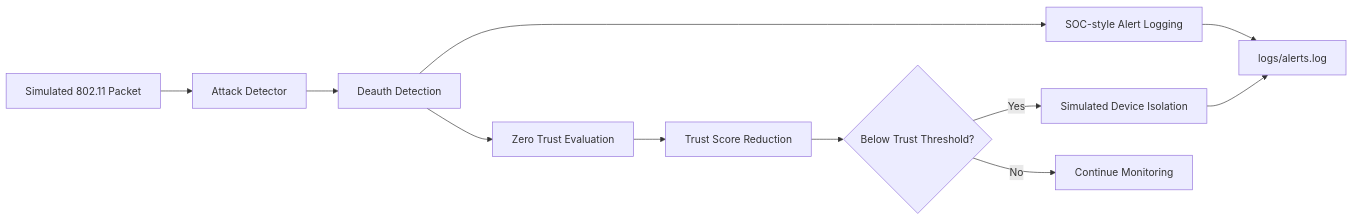
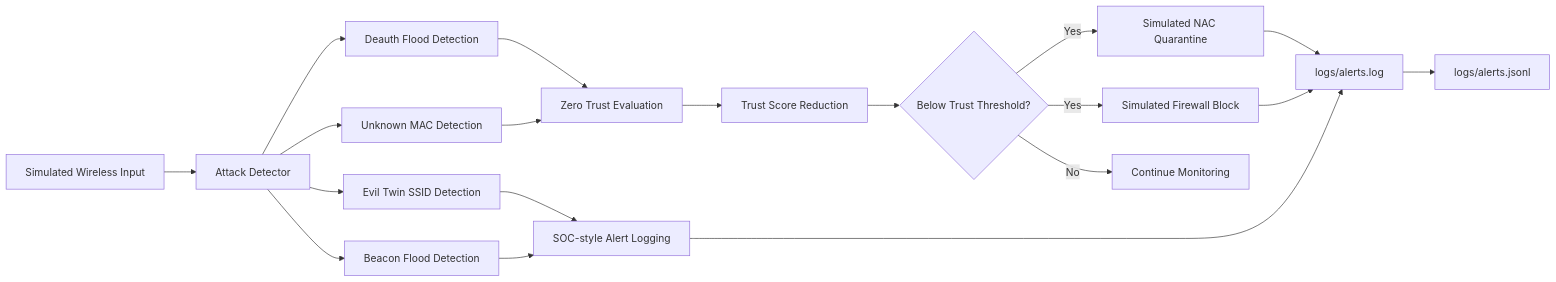
One commit to sanyasachdeva1/ZeroTrust-Wireless-Security changed the diagram in README.md. Above: the diagram before and after it, drawn with Mermaid. The commit also changed other lines of this file, not shown here.

Commit message:
Add GitHub Actions status badge

````diff
--- a/README.md
+++ b/README.md
@@ -41,13 +41,21 @@
 ```mermaid
 flowchart LR
-    A[Simulated 802.11 Packet] --> B[Attack Detector]
-    B --> C[Deauth Detection]
-    C --> D[SOC-style Alert Logging]
-    C --> E[Zero Trust Evaluation]
-    E --> F[Trust Score Reduction]
-    F --> G{Below Trust Threshold?}
-    G -->|Yes| H[Simulated Device Isolation]
-    G -->|No| I[Continue Monitoring]
-    H --> J[logs/alerts.log]
-    D --> J
+    A[Simulated Wireless Input] --> B[Attack Detector]
+    B --> C[Deauth Flood Detection]
+    B --> D[Unknown MAC Detection]
+    B --> E[Evil Twin SSID Detection]
+    B --> F[Beacon Flood Detection]
+    C --> G[Zero Trust Evaluation]
+    D --> G
+    E --> H[SOC-style Alert Logging]
+    F --> H
+    G --> I[Trust Score Reduction]
+    I --> J{Below Trust Threshold?}
+    J -->|Yes| K[Simulated NAC Quarantine]
+    J -->|Yes| L[Simulated Firewall Block]
+    J -->|No| M[Continue Monitoring]
+    K --> N[logs/alerts.log]
+    L --> N
+    H --> N
+    N --> O[logs/alerts.jsonl]
 ```
````
